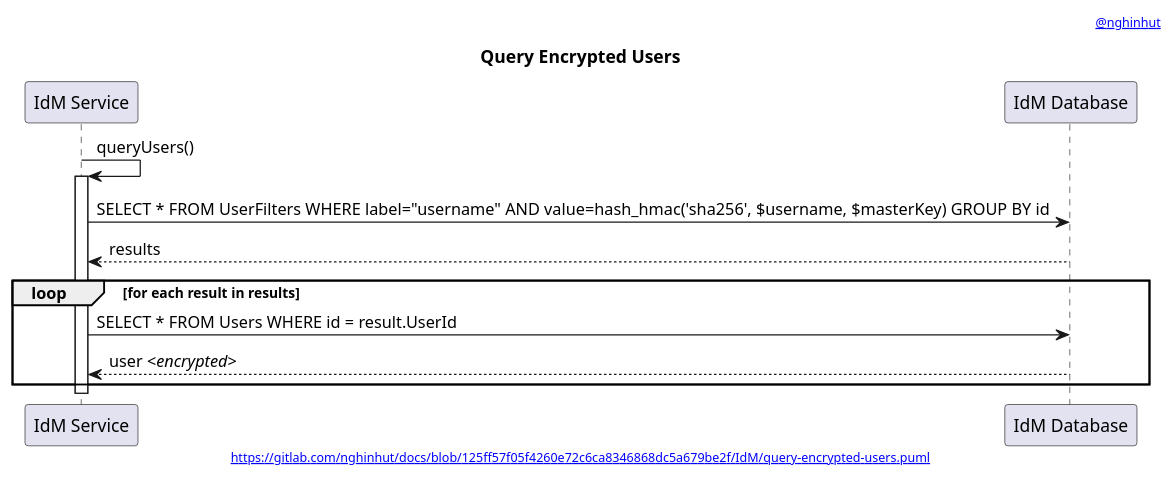
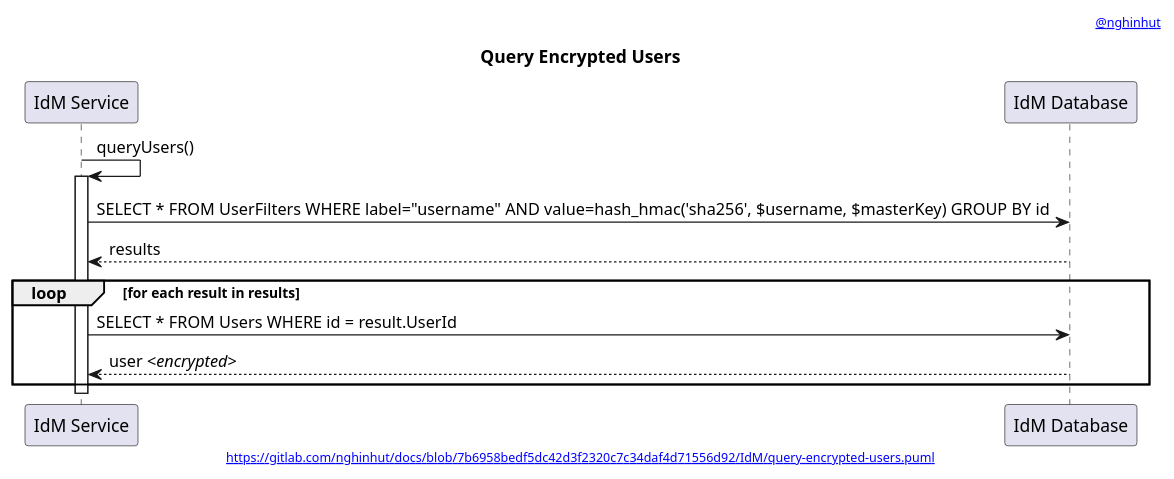
Before and after one commit to nghinhut/docs: the diagram in IdM/query-encrypted-users.function.puml, drawn with PlantUML. The commit also changed 27 other files, not shown here.

```diff
--- a/IdM/query-encrypted-users.function.puml
+++ b/IdM/query-encrypted-users.function.puml
@@ -1,22 +1,22 @@
 @startuml
 '-----START auto generated metadata please keep comment here to allow auto update-----
 '-----DON'T EDIT THIS SECTION, INSTEAD RE-RUN prebuild.sh TO UPDATE-----
-header [[https://www.nghinhut.dev?from=http%5C%3A%5C%2F%5C%2Fwww%5C.plantuml%5C.com%5C%2Fplantuml%5C%2Fproxy%3Ffmt%3Dsvg%5C%26src%3Dhttps%5C%3A%5C%2F%5C%2Fgitlab%5C.com%5C%2Fnghinhut%5C%2Fdocs%5C%2Fraw%5C%2F125ff57f05f4260e72c6ca8346868dc5a679be2f%5C%2FIdM%5C%2Fquery-encrypted-users%5C.puml%0A @nghinhut]]
-footer [[http://www.plantuml.com/plantuml/proxy?fmt=svg&src=https://gitlab.com/nghinhut/docs/raw/125ff57f05f4260e72c6ca8346868dc5a679be2f/IdM/query-encrypted-users.puml https://gitlab.com/nghinhut/docs/blob/125ff57f05f4260e72c6ca8346868dc5a679be2f/IdM/query-encrypted-users.puml]]
+header [[https://www.nghinhut.dev?from=http%5C%3A%5C%2F%5C%2Fwww%5C.plantuml%5C.com%5C%2Fplantuml%5C%2Fproxy%3Ffmt%3Dsvg%5C%26src%3Dhttps%5C%3A%5C%2F%5C%2Fgitlab%5C.com%5C%2Fnghinhut%5C%2Fdocs%5C%2Fraw%5C%2F7b6958bedf5dc42d3f2320c7c34daf4d71556d92%5C%2FIdM%5C%2Fquery-encrypted-users%5C.puml%0A @nghinhut]]
+footer [[http://www.plantuml.com/plantuml/proxy?fmt=svg&src=https://gitlab.com/nghinhut/docs/raw/7b6958bedf5dc42d3f2320c7c34daf4d71556d92/IdM/query-encrypted-users.puml https://gitlab.com/nghinhut/docs/blob/7b6958bedf5dc42d3f2320c7c34daf4d71556d92/IdM/query-encrypted-users.puml]]
 '-----END auto generated metadata please keep comment here to allow auto update-----
 title Query Encrypted Users
 
 participant "IdM Service" as idm
 participant "IdM Database" as db
 
 idm -> idm : queryUsers()
 activate idm
     idm -> db : SELECT * FROM UserFilters WHERE label="username" AND value=hash_hmac('sha256', $username, $masterKey) GROUP BY id
     idm <-- db : results
 
     loop for each result in results
         idm -> db : SELECT * FROM Users WHERE id = result.UserId
         idm <-- db : user <//encrypted//>
     end
 deactivate idm
 @enduml
```
